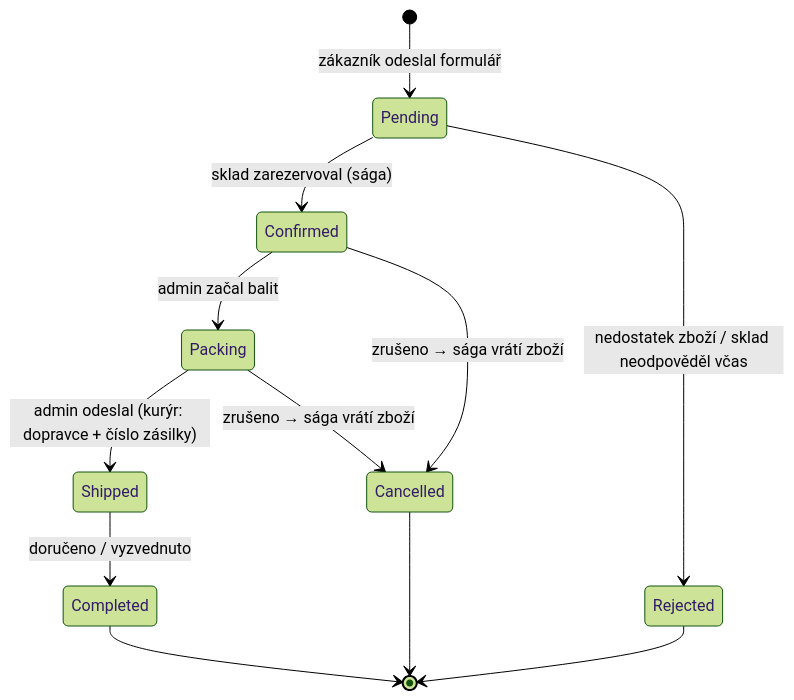
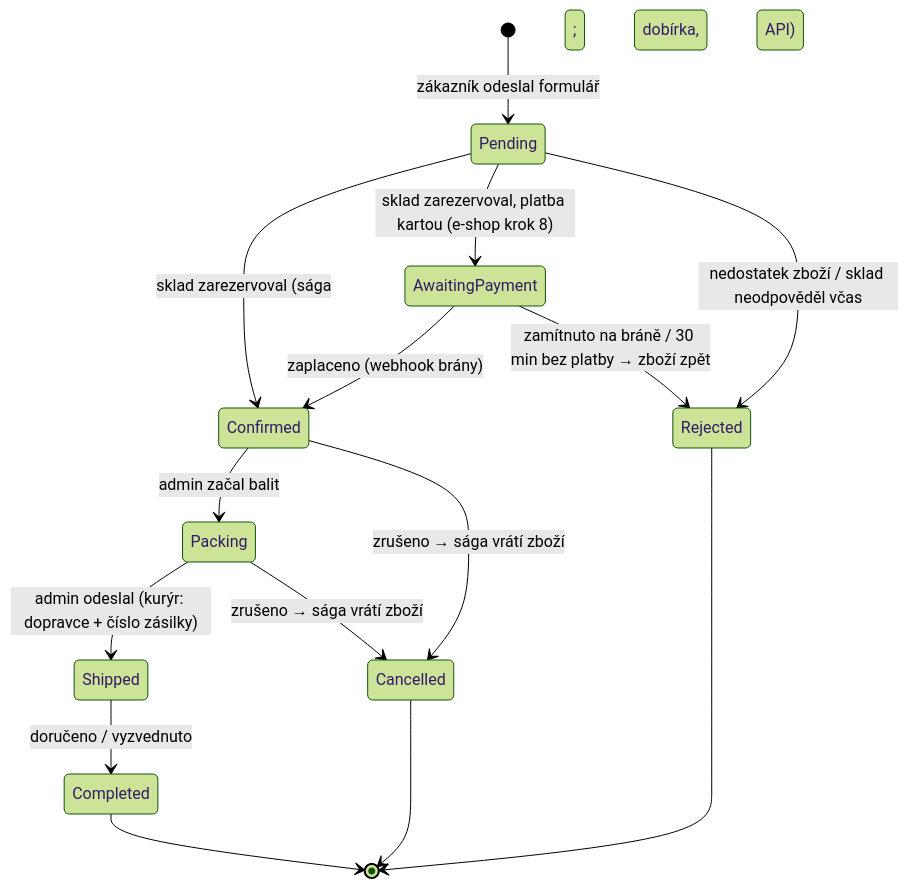
Before and after one commit to ftichy/MiniShop: the first of 2 diagrams in docs/prirucka/architektura/stavove-diagramy.md, drawn with Mermaid (forest theme). The commit also changed other lines of this file and 88 other files, not shown here.

First line of the commit message:
ESHOP STEP8: platba kartou (simulovaná brána)

````diff
--- a/docs/prirucka/architektura/stavove-diagramy.md
+++ b/docs/prirucka/architektura/stavove-diagramy.md
@@ -12,14 +12,17 @@
 ```mermaid
 stateDiagram-v2
     [*] --> Pending : zákazník odeslal formulář
-    Pending --> Confirmed : sklad zarezervoval (sága)
+    Pending --> Confirmed : sklad zarezervoval (sága; dobírka, API)
+    Pending --> AwaitingPayment : sklad zarezervoval, platba kartou (e-shop krok 8)
+    AwaitingPayment --> Confirmed : zaplaceno (webhook brány)
+    AwaitingPayment --> Rejected : zamítnuto na bráně / 30 min bez platby → zboží zpět
     Pending --> Rejected : nedostatek zboží / sklad neodpověděl včas
     Confirmed --> Packing : admin začal balit
     Packing --> Shipped : admin odeslal (kurýr: dopravce + číslo zásilky)
     Shipped --> Completed : doručeno / vyzvednuto
     Confirmed --> Cancelled : zrušeno → sága vrátí zboží
     Packing --> Cancelled : zrušeno → sága vrátí zboží
     Rejected --> [*]
     Completed --> [*]
     Cancelled --> [*]
 ```
````
